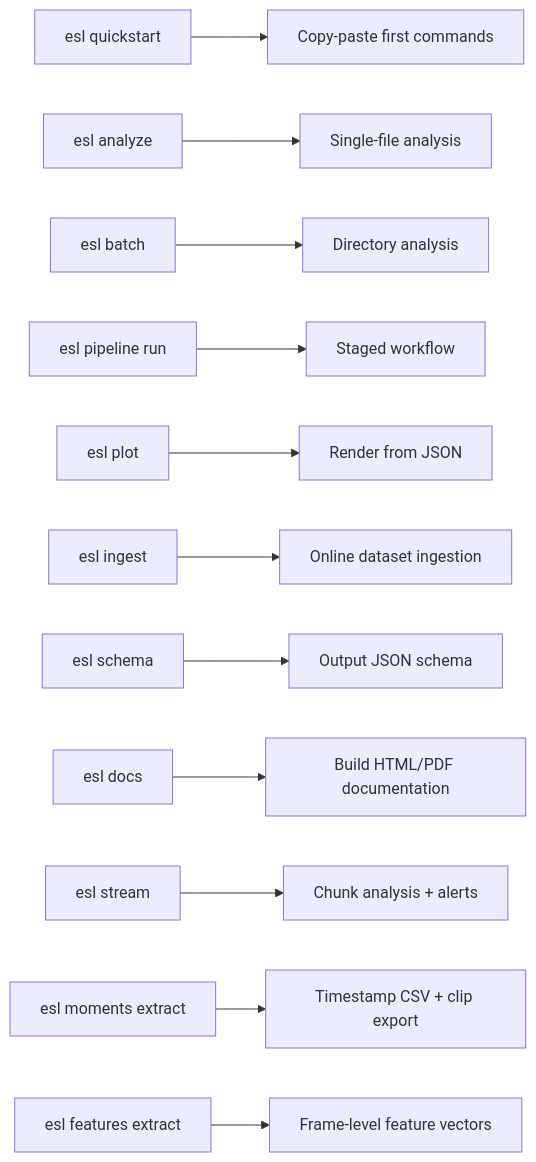
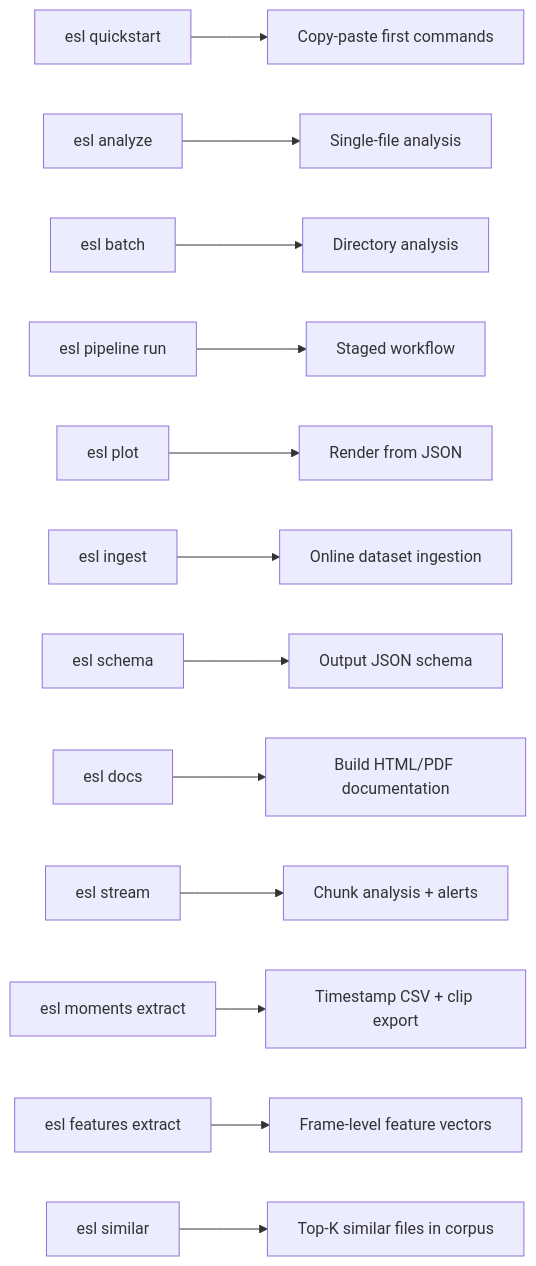
Before and after one commit to TheColby/ecoSignalLab: the fourth of 9 diagrams in README.md, drawn with Mermaid. The commit also changed other lines of this file and 6 other files, not shown here.

````diff
--- a/README.md
+++ b/README.md
@@ -185,14 +188,15 @@
 ```mermaid
 flowchart LR
     K["esl quickstart"] --> K1["Copy-paste first commands"]
     A["esl analyze"] --> A1["Single-file analysis"]
     B["esl batch"] --> B1["Directory analysis"]
     C["esl pipeline run"] --> C1["Staged workflow"]
     D["esl plot"] --> D1["Render from JSON"]
     E["esl ingest"] --> E1["Online dataset ingestion"]
     F["esl schema"] --> F1["Output JSON schema"]
     G["esl docs"] --> G1["Build HTML/PDF documentation"]
     H["esl stream"] --> H1["Chunk analysis + alerts"]
     I["esl moments extract"] --> I1["Timestamp CSV + clip export"]
     J["esl features extract"] --> J1["Frame-level feature vectors"]
+    L["esl similar"] --> L1["Top-K similar files in corpus"]
 ```
````
